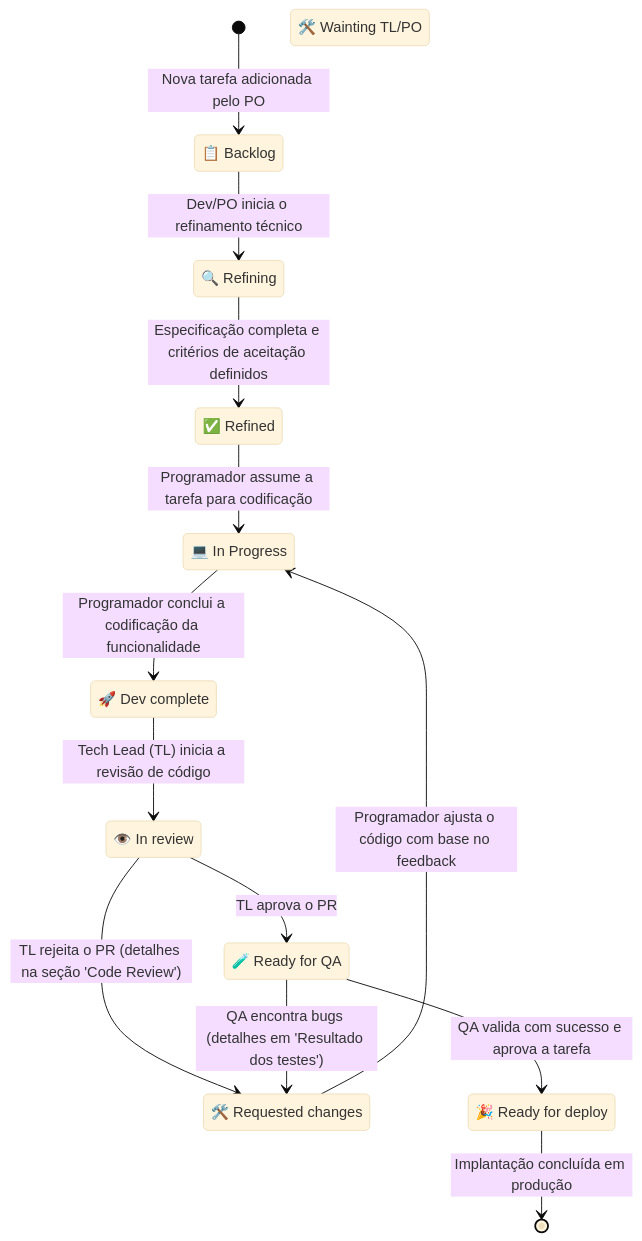
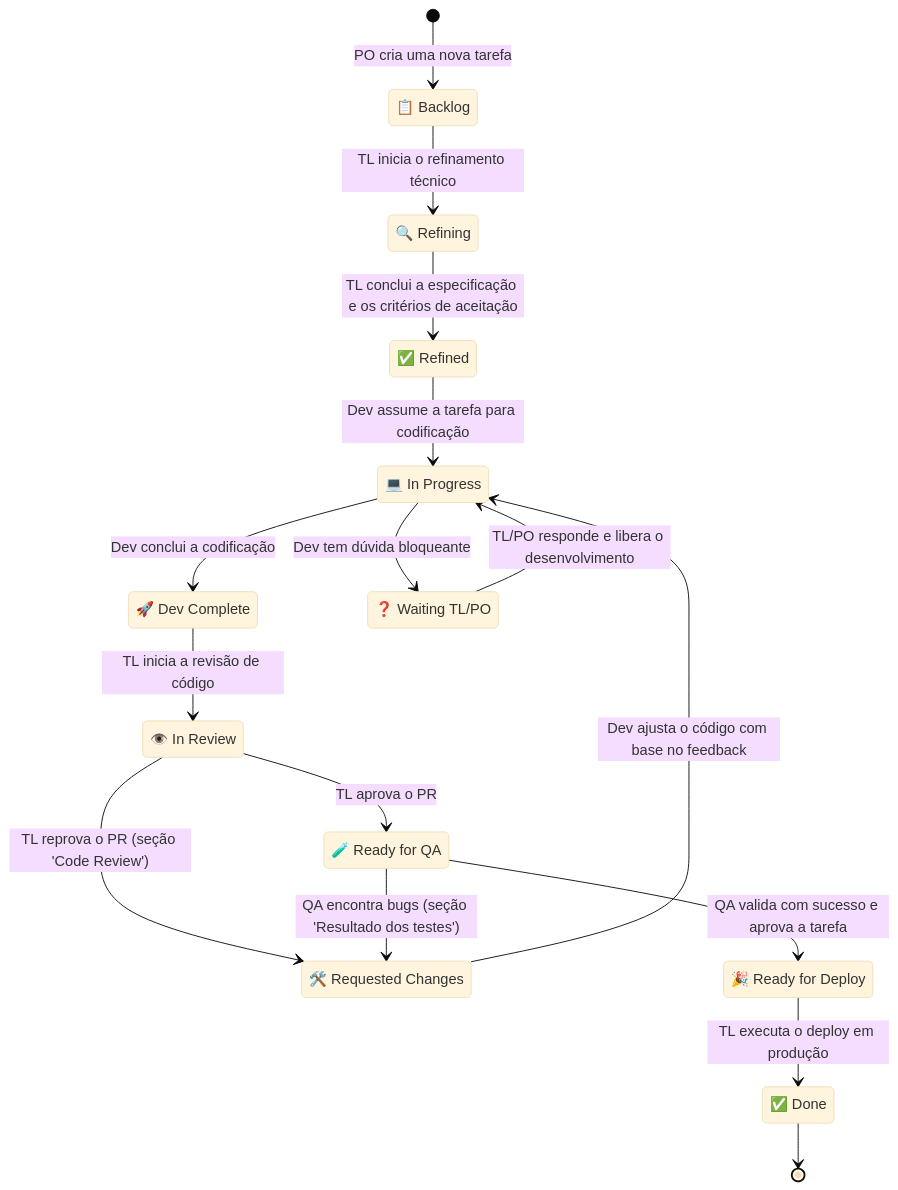
One commit to wmangoni/playful-hub-sandbox changed the diagram in WORKFLOW.md. Above: the diagram before and after it, drawn with Mermaid (base theme). The commit also changed other lines of this file and 115 other files, not shown here.

````diff
--- a/WORKFLOW.md
+++ b/WORKFLOW.md
@@ -11,31 +35,36 @@
 ```mermaid
 stateDiagram-v2
-    [*] --> Backlog : Nova tarefa adicionada pelo PO
-    
+    [*] --> Backlog : PO cria uma nova tarefa
+
     state "📋 Backlog" as Backlog
     state "🔍 Refining" as Refining
     state "✅ Refined" as Refined
     state "💻 In Progress" as InProgress
-    state "🚀 Dev complete" as DevComplete
-    state "👁️ In review" as InReview
-    state "🛠️ Requested changes" as RequestedChanges
+    state "🚀 Dev Complete" as DevComplete
+    state "👁️ In Review" as InReview
+    state "🛠️ Requested Changes" as RequestedChanges
     state "🧪 Ready for QA" as ReadyForQA
-    state "🎉 Ready for deploy" as ReadyForDeploy
-    state "🛠️ Wainting TL/PO" as WaintingTLPO
+    state "🎉 Ready for Deploy" as ReadyForDeploy
+    state "❓ Waiting TL/PO" as WaitingTLPO
+    state "✅ Done" as Done
 
-    Backlog --> Refining : Dev/PO inicia o refinamento técnico
-    Refining --> Refined : Especificação completa e critérios de aceitação definidos
-    Refined --> InProgress : Programador assume a tarefa para codificação
-    InProgress --> DevComplete : Programador conclui a codificação da funcionalidade
-    DevComplete --> InReview : Tech Lead (TL) inicia a revisão de código
-    
-    InReview --> RequestedChanges : TL rejeita o PR (detalhes na seção 'Code Review')
+    Backlog --> Refining : TL inicia o refinamento técnico
+    Refining --> Refined : TL conclui a especificação e os critérios de aceitação
+    Refined --> InProgress : Dev assume a tarefa para codificação
+    InProgress --> DevComplete : Dev conclui a codificação
+    DevComplete --> InReview : TL inicia a revisão de código
+
+    InReview --> RequestedChanges : TL reprova o PR (seção 'Code Review')
     InReview --> ReadyForQA : TL aprova o PR
-    
-    RequestedChanges --> InProgress : Programador ajusta o código com base no feedback
-    
-    ReadyForQA --> RequestedChanges : QA encontra bugs (detalhes em 'Resultado dos testes')
+
+    RequestedChanges --> InProgress : Dev ajusta o código com base no feedback
+
+    ReadyForQA --> RequestedChanges : QA encontra bugs (seção 'Resultado dos testes')
     ReadyForQA --> ReadyForDeploy : QA valida com sucesso e aprova a tarefa
-    
-    ReadyForDeploy --> [*] : Implantação concluída em produção
+
+    ReadyForDeploy --> Done : TL executa o deploy em produção
+    Done --> [*]
+
+    InProgress --> WaitingTLPO : Dev tem dúvida bloqueante
+    WaitingTLPO --> InProgress : TL/PO responde e libera o desenvolvimento
 ```
````
